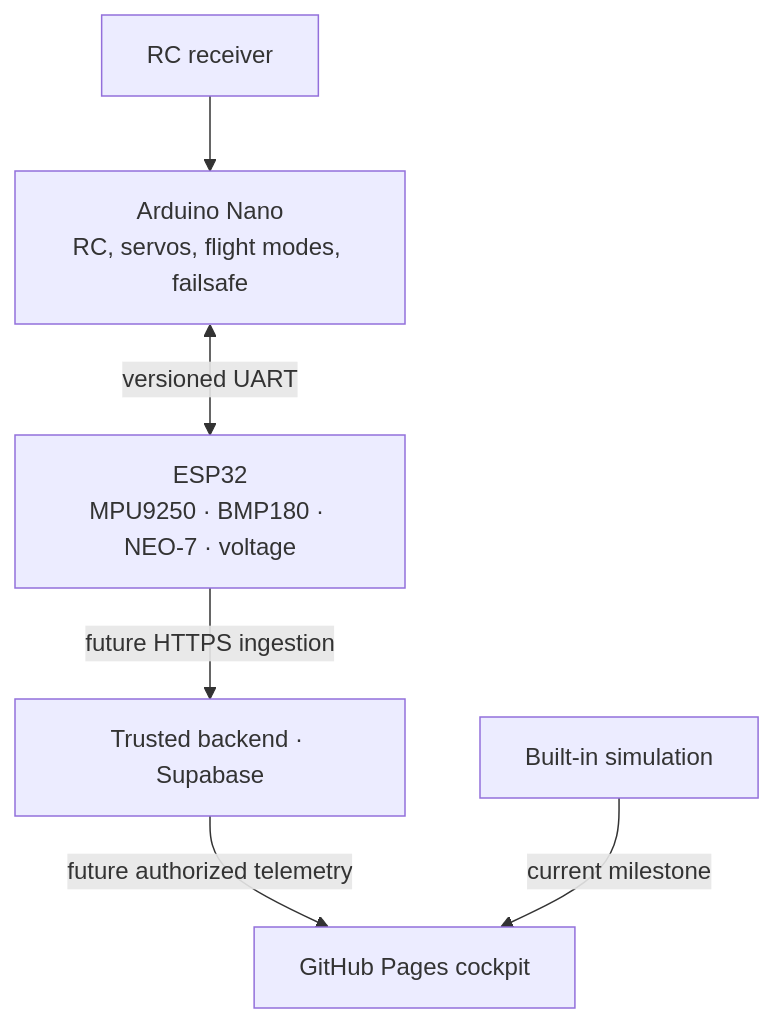
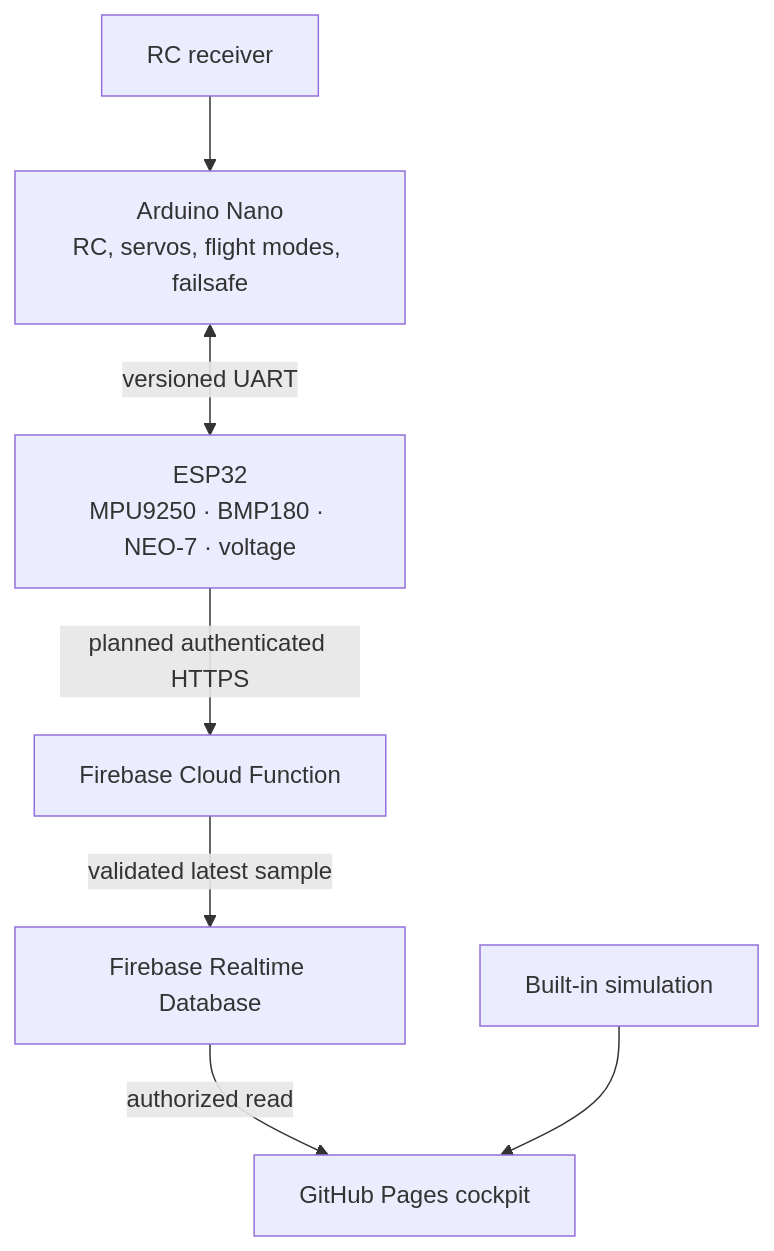
Before and after one commit to Turkson225/flight-command-center: the diagram in README.md, drawn with Mermaid. The commit also changed other lines of this file and 28 other files, not shown here.

Commit message:
Add Firebase authenticated telemetry and trusted ingestion

````diff
--- a/README.md
+++ b/README.md
@@ -33,8 +33,9 @@
 ```mermaid
 flowchart TB
   RC["RC receiver"] --> Nano["Arduino Nano<br/>RC, servos, flight modes, failsafe"]
   Nano <-->|"versioned UART"| ESP["ESP32<br/>MPU9250 · BMP180 · NEO-7 · voltage"]
-  ESP -->|"future HTTPS ingestion"| Backend["Trusted backend · Supabase"]
-  Backend -->|"future authorized telemetry"| UI["GitHub Pages cockpit"]
-  Sim["Built-in simulation"] -->|"current milestone"| UI
+  ESP -->|"planned authenticated HTTPS"| Ingest["Firebase Cloud Function"]
+  Ingest -->|"validated latest sample"| DB["Firebase Realtime Database"]
+  DB -->|"authorized read"| UI["GitHub Pages cockpit"]
+  Sim["Built-in simulation"] --> UI
 ```
````
